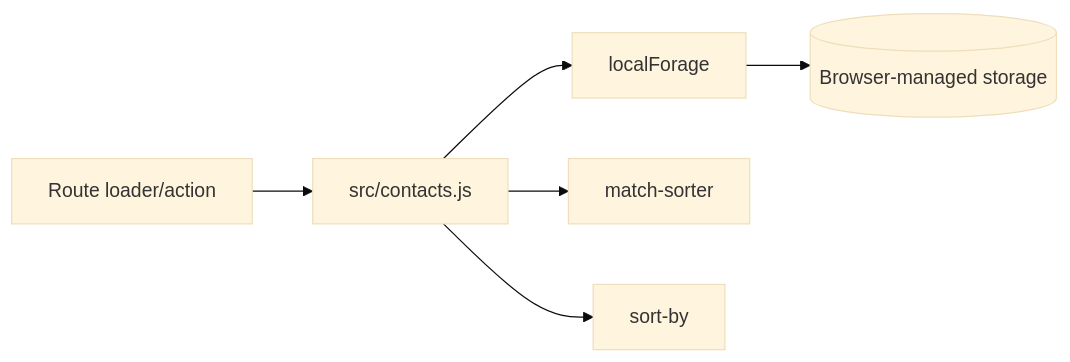
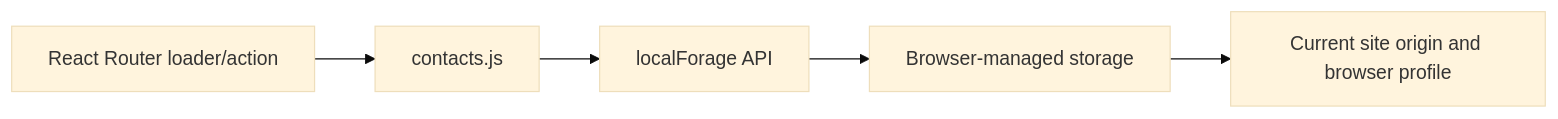
The diagram in docs/architecture/data-architecture.md (Brajesh31/Contact-Display), drawn with Mermaid (base theme) before and after one commit. The commit also changed other lines of this file, not shown here.

Commit message:
docs: enhance docs/architecture/data-architecture.md

````diff
--- a/docs/architecture/data-architecture.md
+++ b/docs/architecture/data-architecture.md
@@ -5,8 +9,7 @@
 ```mermaid
 flowchart LR
-    Router[Route loader/action] --> Helper[src/contacts.js]
-    Helper --> LF[localForage]
-    LF --> Browser[(Browser-managed storage)]
-    Helper --> Match[match-sorter]
-    Helper --> Sort[sort-by]
+  Route["React Router loader/action"] --> Helpers["contacts.js"]
+  Helpers --> LF["localForage API"]
+  LF --> Browser["Browser-managed storage"]
+  Browser --> Origin["Current site origin and browser profile"]
 ```
````
